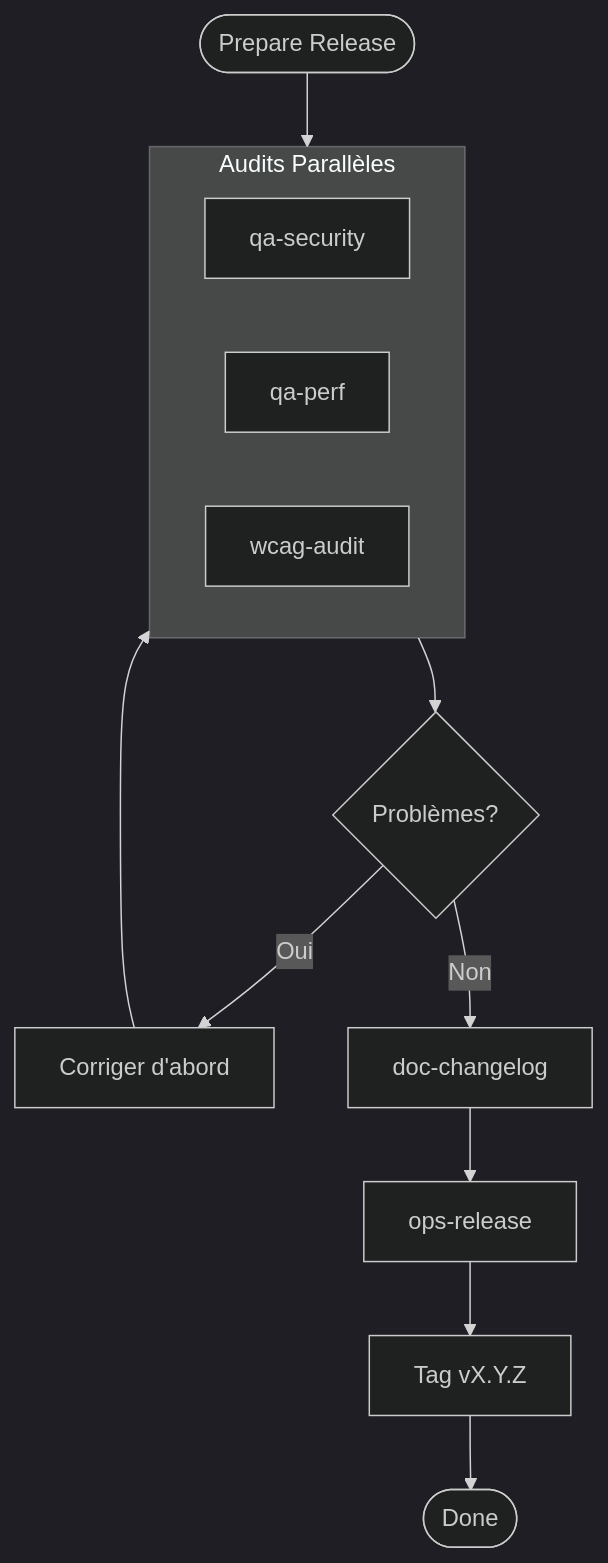
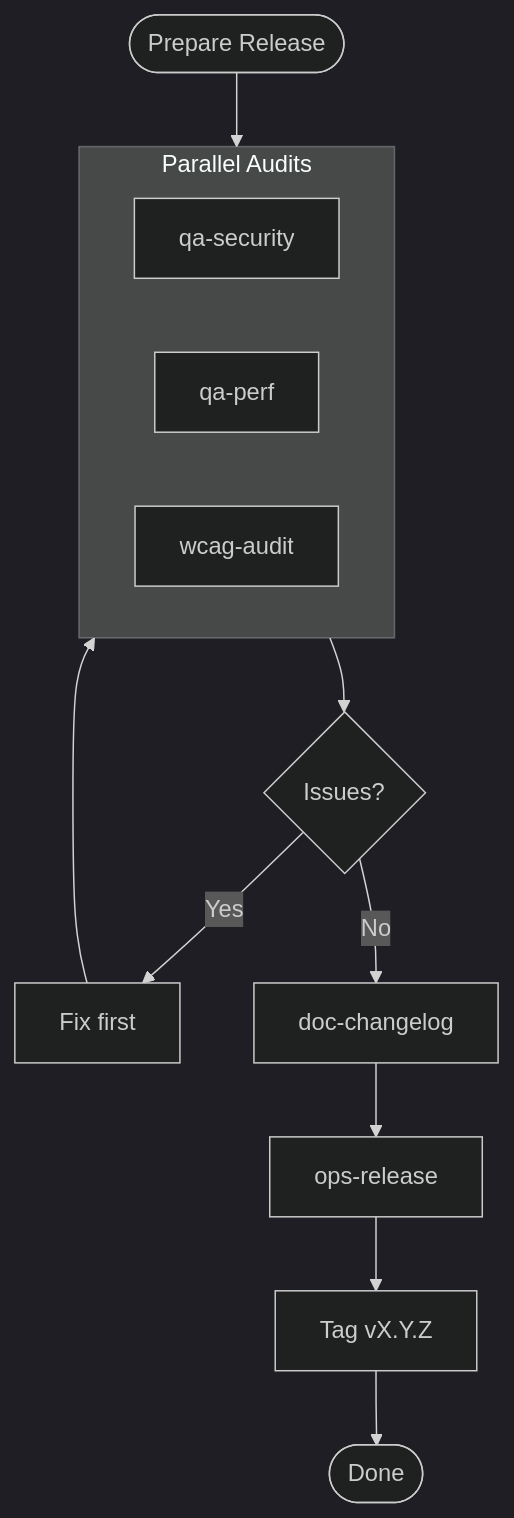
The fourth of 8 diagrams in website/docs/concepts/workflows.md (christopherlouet/claude-base), drawn with Mermaid (dark theme) before and after one commit. The commit also changed other lines of this file and 1 other file, not shown here.

````diff
--- a/website/docs/concepts/workflows.md
+++ b/website/docs/concepts/workflows.md
@@ -244,18 +244,18 @@
 ```mermaid
 flowchart TD
     START([Prepare Release]) --> AUDITS
 
-    subgraph AUDITS[Audits Parallèles]
+    subgraph AUDITS[Parallel Audits]
         SEC[qa-security]
         PERF[qa-perf]
         A11Y[wcag-audit]
     end
 
-    AUDITS --> ISSUES{Problèmes?}
-    ISSUES -->|Oui| FIX[Corriger d'abord]
+    AUDITS --> ISSUES{Issues?}
+    ISSUES -->|Yes| FIX[Fix first]
     FIX --> AUDITS
-    ISSUES -->|Non| CHANGELOG[doc-changelog]
+    ISSUES -->|No| CHANGELOG[doc-changelog]
     CHANGELOG --> RELEASE[ops-release]
     RELEASE --> TAG[Tag vX.Y.Z]
     TAG --> DONE([Done])
 ```
````
